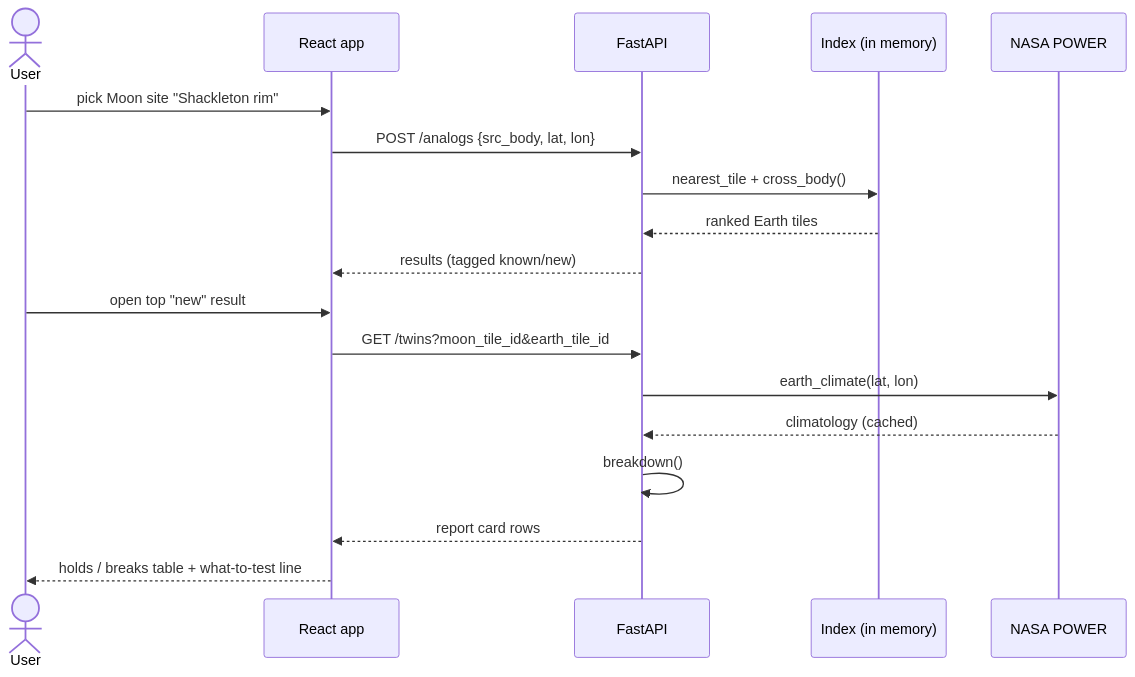
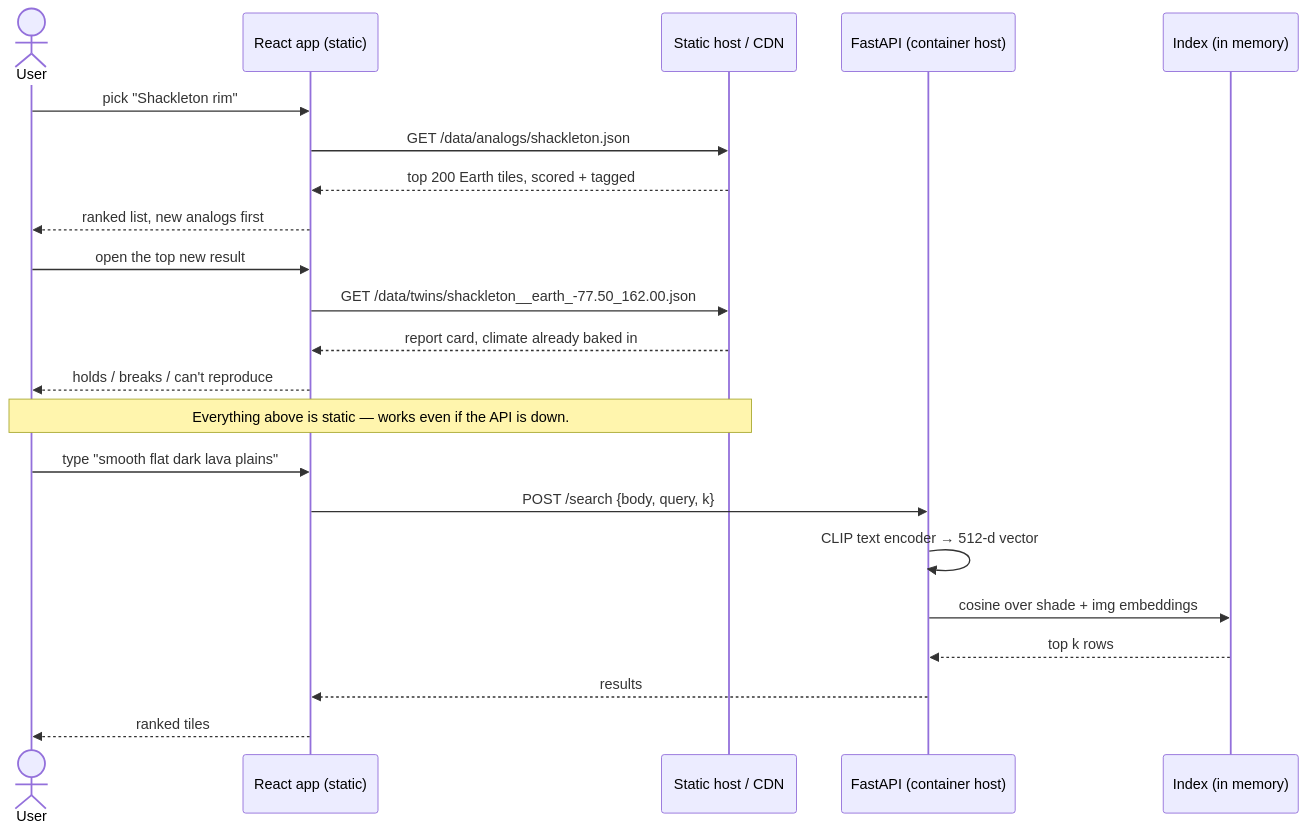
One commit to FionaL7/AnalogAtlas changed the third of 3 diagrams in docs/ARCHITECTURE.md. Above: the diagram before and after it, drawn with Mermaid. The commit also changed other lines of this file and 1 other file, not shown here.

First line of the commit message:
ARCHITECTURE.md: expand to a full build contract

````diff
--- a/docs/ARCHITECTURE.md
+++ b/docs/ARCHITECTURE.md
@@ -17,21 +131,28 @@
 ```mermaid
 sequenceDiagram
     actor U as User
-    participant F as React app
-    participant A as FastAPI
+    participant W as React app (static)
+    participant CDN as Static host / CDN
+    participant A as FastAPI (container host)
     participant I as Index (in memory)
-    participant P as NASA POWER
 
-    U->>F: pick Moon site "Shackleton rim"
-    F->>A: POST /analogs {src_body, lat, lon}
-    A->>I: nearest_tile + cross_body()
-    I-->>A: ranked Earth tiles
-    A-->>F: results (tagged known/new)
-    U->>F: open top "new" result
-    F->>A: GET /twins?moon_tile_id&earth_tile_id
-    A->>P: earth_climate(lat, lon)
-    P-->>A: climatology (cached)
-    A->>A: breakdown()
-    A-->>F: report card rows
-    F-->>U: holds / breaks table + what-to-test line
+    U->>W: pick "Shackleton rim"
+    W->>CDN: GET /data/analogs/shackleton.json
+    CDN-->>W: top 200 Earth tiles, scored + tagged
+    W-->>U: ranked list, new analogs first
+
+    U->>W: open the top new result
+    W->>CDN: GET /data/twins/shackleton__earth_-77.50_162.00.json
+    CDN-->>W: report card, climate already baked in
+    W-->>U: holds / breaks / can't reproduce
+
+    Note over U,CDN: Everything above is static — works even if the API is down.
+
+    U->>W: type "smooth flat dark lava plains"
+    W->>A: POST /search {body, query, k}
+    A->>A: CLIP text encoder → 512-d vector
+    A->>I: cosine over shade + img embeddings
+    I-->>A: top k rows
+    A-->>W: results
+    W-->>U: ranked tiles
 ```
````
